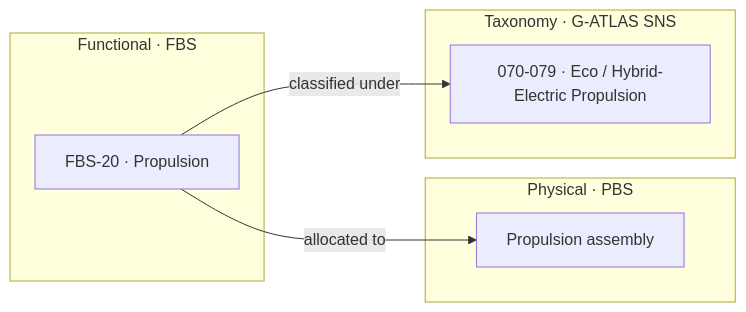
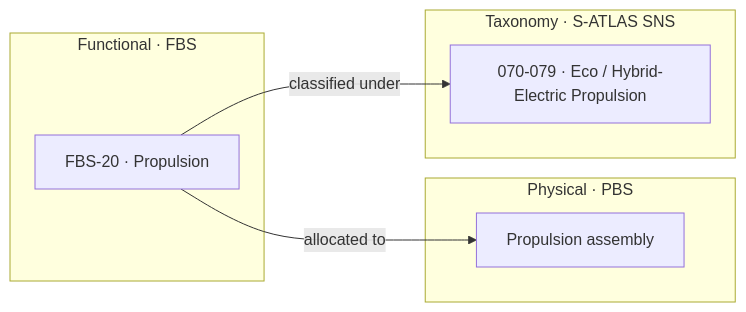
One commit to AmedeoPelliccia/Q-plus-A changed the fourth of 4 diagrams in 01_OPTIONS_ARCHITECTURE/01-02_PROGRAMMES/01-02-01_AMPEL360/01-02-01-01_MODELS/01-02-01-01-01_eWTW/01-02-01-01-01-01_SBS_System-Breakdown-Structure/01-02-01-01-01-01-02_FBS_Functional-Breakdown-Structure/eWTW-FBS-00_Aircraft-Functions/README.md. Above: the diagram before and after it, drawn with Mermaid. The commit also changed other lines of this file and 641 other files, not shown here.

````diff
--- a/01_OPTIONS_ARCHITECTURE/01-02_PROGRAMMES/01-02-01_AMPEL360/01-02-01-01_MODELS/01-02-01-01-01_eWTW/01-02-01-01-01-01_SBS_System-Breakdown-Structure/01-02-01-01-01-01-02_FBS_Functional-Breakdown-Structure/eWTW-FBS-00_Aircraft-Functions/README.md
+++ b/01_OPTIONS_ARCHITECTURE/01-02_PROGRAMMES/01-02-01_AMPEL360/01-02-01-01_MODELS/01-02-01-01-01_eWTW/01-02-01-01-01-01_SBS_System-Breakdown-Structure/01-02-01-01-01-01-02_FBS_Functional-Breakdown-Structure/eWTW-FBS-00_Aircraft-Functions/README.md
@@ -166,14 +166,14 @@
 ```mermaid
 flowchart LR
     subgraph FN["Functional · FBS"]
       F20["FBS-20 · Propulsion"]
     end
     subgraph PH["Physical · PBS"]
       P1["Propulsion assembly"]
     end
-    subgraph TX["Taxonomy · G-ATLAS SNS"]
+    subgraph TX["Taxonomy · S-ATLAS SNS"]
       G1["070-079 · Eco / Hybrid-Electric Propulsion"]
     end
     F20 -->|"allocated to"| P1
     F20 -->|"classified under"| G1
 ```
````
